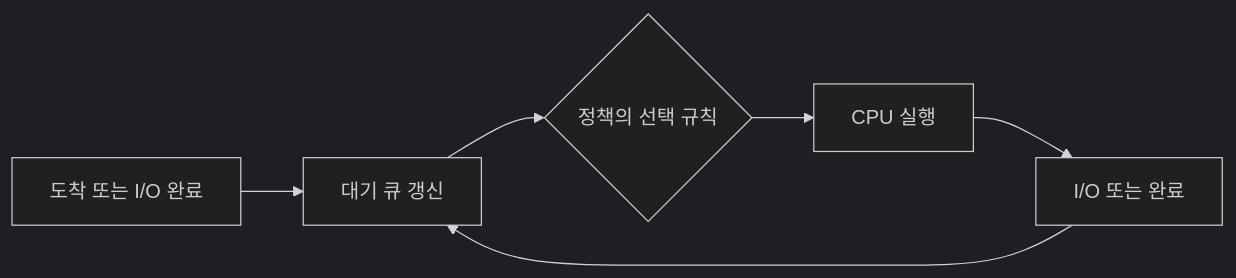
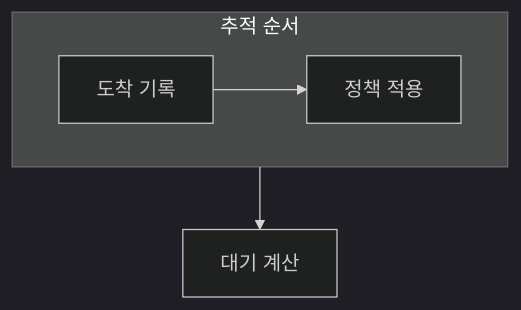
Before and after one commit to umyunsang/edu: the diagram in ComputerScience/04_systems-infrastructure/operating-systems/notes/91. CPU 스케줄링 추적 예.md, drawn with Mermaid (dark theme). The commit also changed other lines of this file and 20 other files, not shown here.

````diff
--- a/ComputerScience/04_systems-infrastructure/operating-systems/notes/91. CPU 스케줄링 추적 예.md
+++ b/ComputerScience/04_systems-infrastructure/operating-systems/notes/91. CPU 스케줄링 추적 예.md
@@ -32,8 +21,8 @@
 ```mermaid
-flowchart LR
-  A[도착 또는 I/O 완료] --> B[대기 큐 갱신]
-  B --> C{정책의 선택 규칙}
-  C --> D[CPU 실행]
-  D --> E[I/O 또는 완료]
-  E --> B
+flowchart TB
+    subgraph Trace["추적 순서"]
+        direction LR
+        A[도착 기록] --> B[정책 적용]
+    end
+    Trace --> C[대기 계산]
 ```
````
